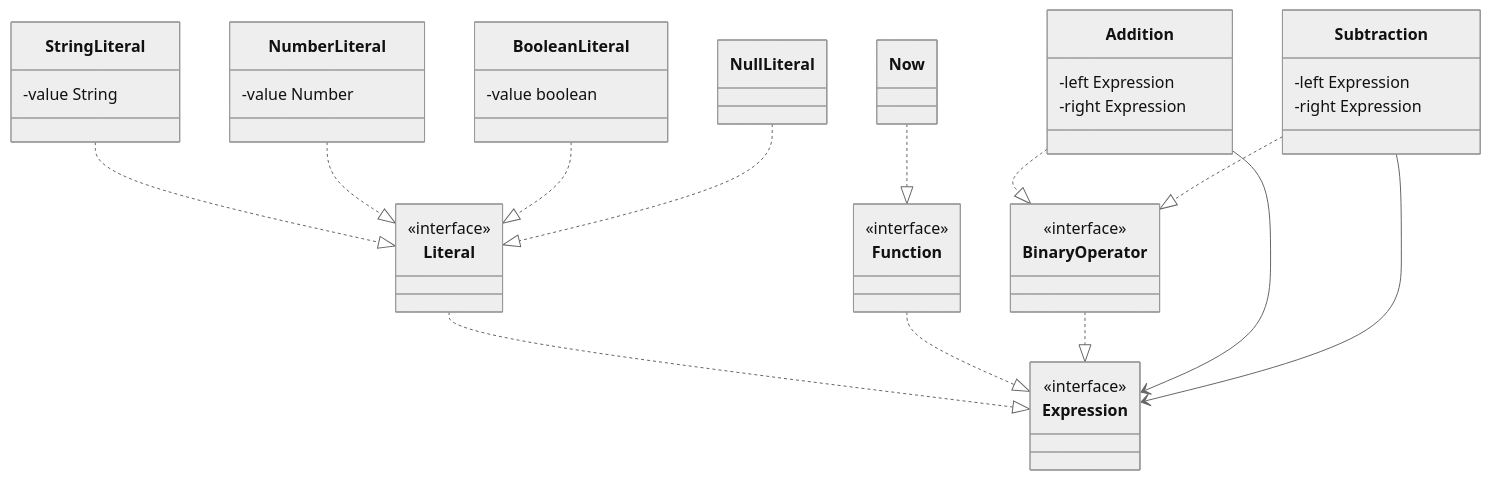
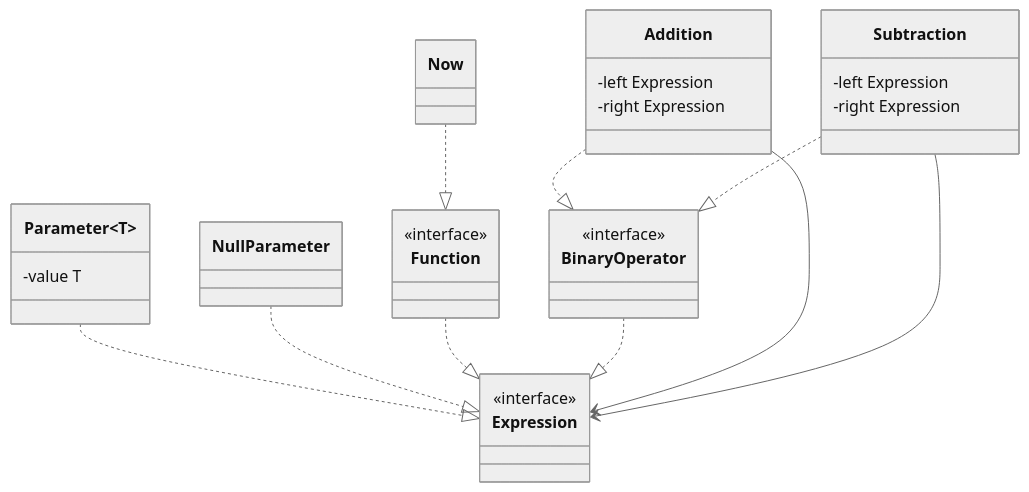
The eighth of 13 diagrams in docs/domain.md (safarislava/QueryBricks), drawn with Mermaid (neutral theme) before and after one commit. The commit also changed other lines of this file and 1 other file, not shown here.

Commit message:
docs: Migration to prepared statement

````diff
--- a/docs/domain.md
+++ b/docs/domain.md
@@ -297,56 +299,41 @@
 ```mermaid
 classDiagram
     class Expression {
         <<interface>>
     }
 
-    class Literal {
-        <<interface>>
+    class Parameter~T~ {
+        -value T
     }
-    Literal ..|> Expression
+    Parameter ..|> Expression
 
-    class StringLiteral {
-        -value String
-    }
-    StringLiteral ..|> Literal
-
-    class NumberLiteral {
-        -value Number
-    }
-    NumberLiteral ..|> Literal
-
-    class BooleanLiteral {
-        -value boolean
-    }
-    BooleanLiteral ..|> Literal
-
-    class NullLiteral
-    NullLiteral ..|> Literal
+    class NullParameter
+    NullParameter ..|> Expression
 
     class Function {
         <<interface>>
     }
     Function ..|> Expression
 
     class Now
     Now ..|> Function
 
     class BinaryOperator {
         <<interface>>
     }
     BinaryOperator ..|> Expression
 
     class Addition {
         -left Expression
         -right Expression
     }
     Addition ..|> BinaryOperator
     Addition --> Expression
 
     class Subtraction {
         -left Expression
         -right Expression
     }
     Subtraction ..|> BinaryOperator
     Subtraction --> Expression
 ```
````
